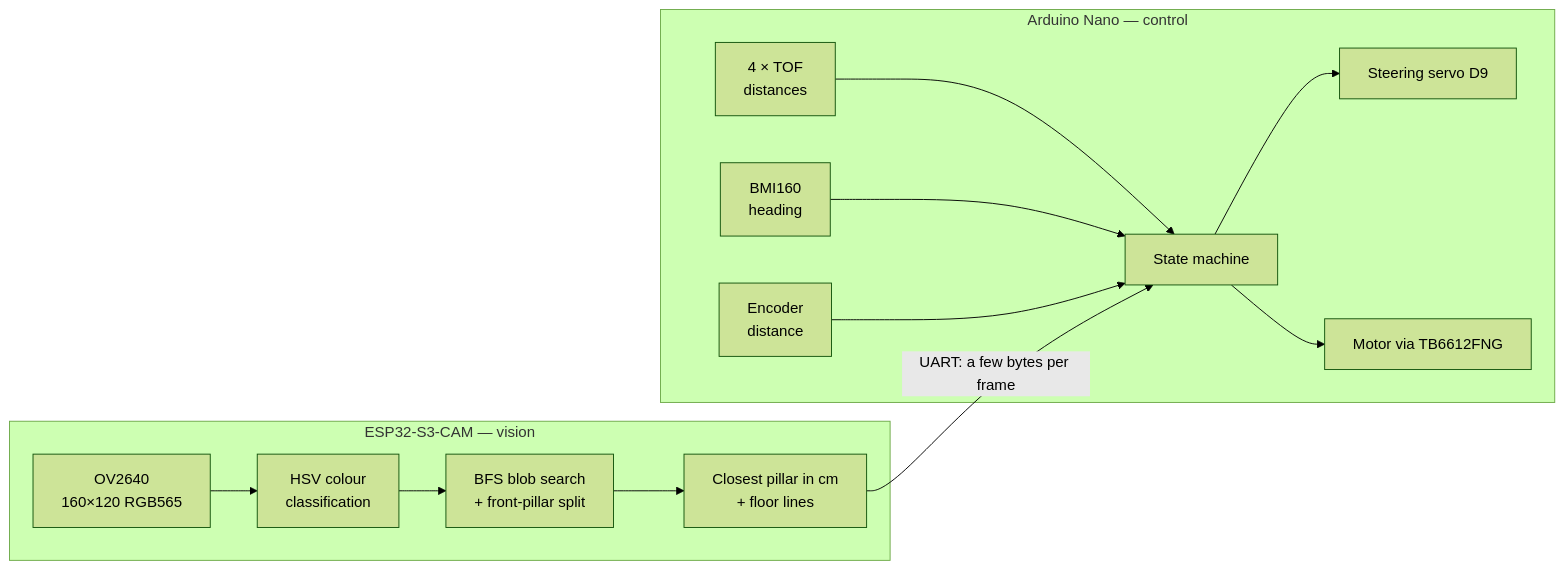
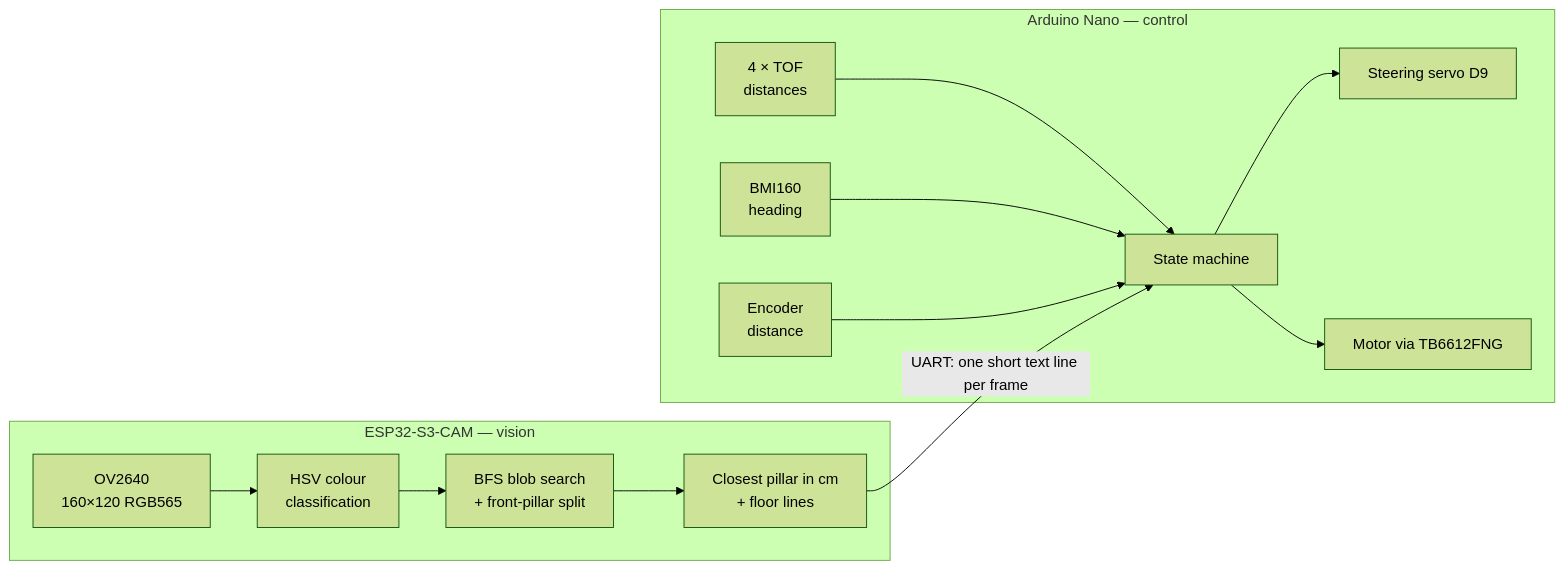
Before and after one commit to henryalejandrorieraloza-sudo/WRO-2026-Future-Engineers-Journal: the first of 4 diagrams in README.md, drawn with Mermaid (forest theme). The commit also changed other lines of this file and 2 other files, not shown here.

First line of the commit message:
Docs: flow diagrams checked against the code (v1.9.21)

````diff
--- a/README.md
+++ b/README.md
@@ -388,16 +388,16 @@
 ```mermaid
 flowchart LR
     subgraph CAM["ESP32-S3-CAM — vision"]
         A[OV2640<br>160×120 RGB565] --> B[HSV colour<br>classification]
         B --> C[BFS blob search<br>+ front-pillar split]
         C --> D[Closest pillar in cm<br>+ floor lines]
     end
     subgraph NANO["Arduino Nano — control"]
         E[4 × TOF<br>distances] --> H[State machine]
         F[BMI160<br>heading] --> H
         G[Encoder<br>distance] --> H
         H --> I[Steering servo D9]
         H --> J[Motor via TB6612FNG]
     end
-    D -- "UART: a few bytes per frame" --> H
+    D -- "UART: one short text line per frame" --> H
 ```
````
